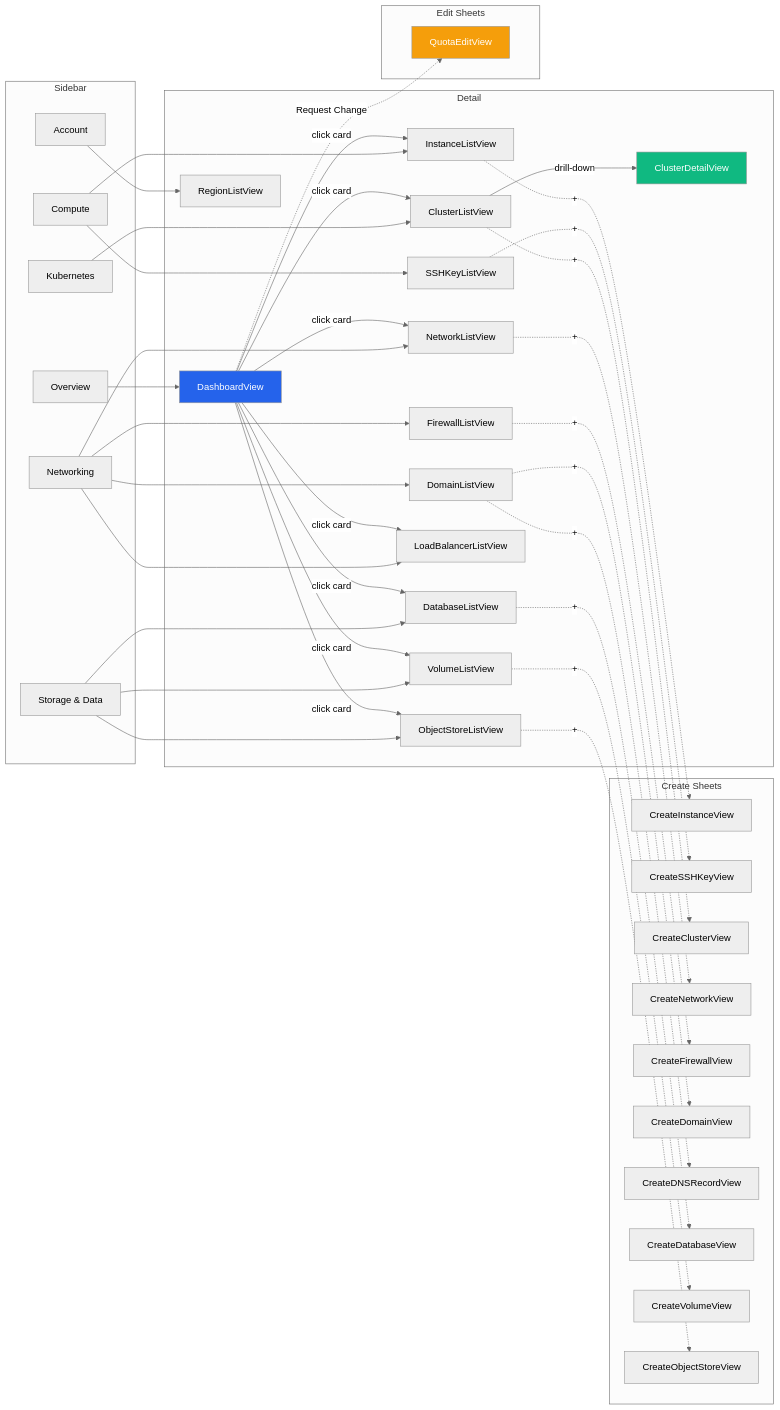
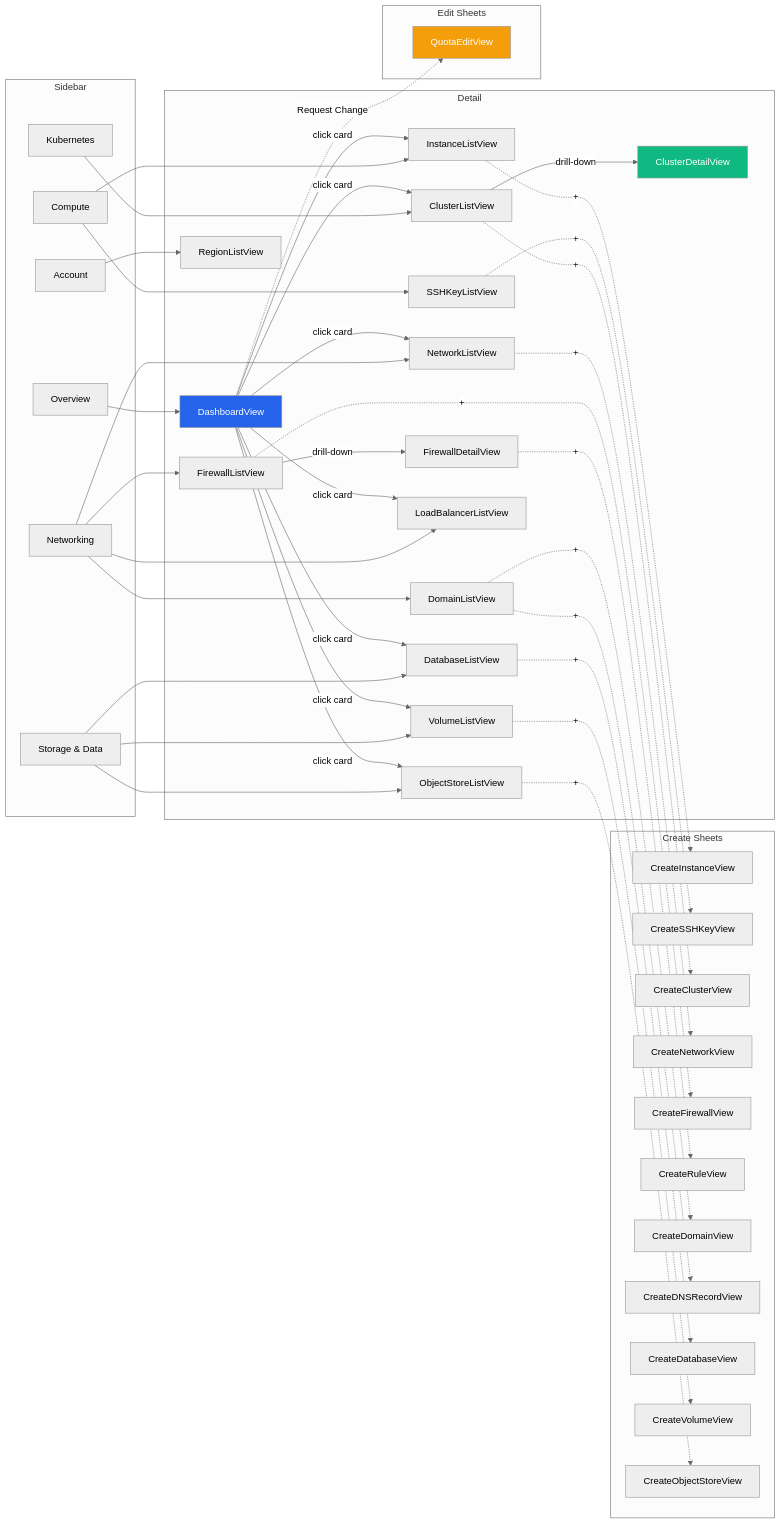
Before and after one commit to marcelrgberger/civo-cloud-manager: the eighth of 8 diagrams in README.md, drawn with Mermaid (neutral theme). The commit also changed other lines of this file and 2 other files, not shown here.

First line of the commit message:
Update README and CLAUDE.md for firewall rules, animations, removed cleanup

````diff
--- a/README.md
+++ b/README.md
@@ -600,55 +601,57 @@
 ```mermaid
 graph LR
     subgraph Sidebar
         OV[Overview]
         CO[Compute]
         KU[Kubernetes]
         NE[Networking]
         ST["Storage & Data"]
         AC[Account]
     end
 
     subgraph Detail
         OV --> DA[DashboardView]
         DA -->|click card| IL
         DA -->|click card| CL
         DA -->|click card| NL
         DA -->|click card| DBL
         DA -->|click card| VL
         DA -->|click card| OL
         DA -->|click card| LB
         CO --> IL[InstanceListView]
         CO --> SK[SSHKeyListView]
         KU --> CL[ClusterListView]
         CL -->|drill-down| CD[ClusterDetailView]
         NE --> NL[NetworkListView]
         NE --> FL[FirewallListView]
+        FL -->|drill-down| FD[FirewallDetailView]
         NE --> LB[LoadBalancerListView]
         NE --> DL[DomainListView]
         ST --> DBL[DatabaseListView]
         ST --> VL[VolumeListView]
         ST --> OL[ObjectStoreListView]
         AC --> RL[RegionListView]
     end
 
     subgraph "Create Sheets"
         IL -.->|"+"| CI[CreateInstanceView]
         SK -.->|"+"| CS[CreateSSHKeyView]
         CL -.->|"+"| CC[CreateClusterView]
         NL -.->|"+"| CN[CreateNetworkView]
         FL -.->|"+"| CF[CreateFirewallView]
+        FD -.->|"+"| CR[CreateRuleView]
         DL -.->|"+"| CDO[CreateDomainView]
         DL -.->|"+"| CDR[CreateDNSRecordView]
         DBL -.->|"+"| CDB[CreateDatabaseView]
         VL -.->|"+"| CV[CreateVolumeView]
         OL -.->|"+"| COS[CreateObjectStoreView]
     end
 
     subgraph "Edit Sheets"
         DA -.->|"Request Change"| QE[QuotaEditView]
     end
 
     style DA fill:#2563EB,color:#fff
     style CD fill:#10B981,color:#fff
     style QE fill:#F59E0B,color:#fff
 ```
````
